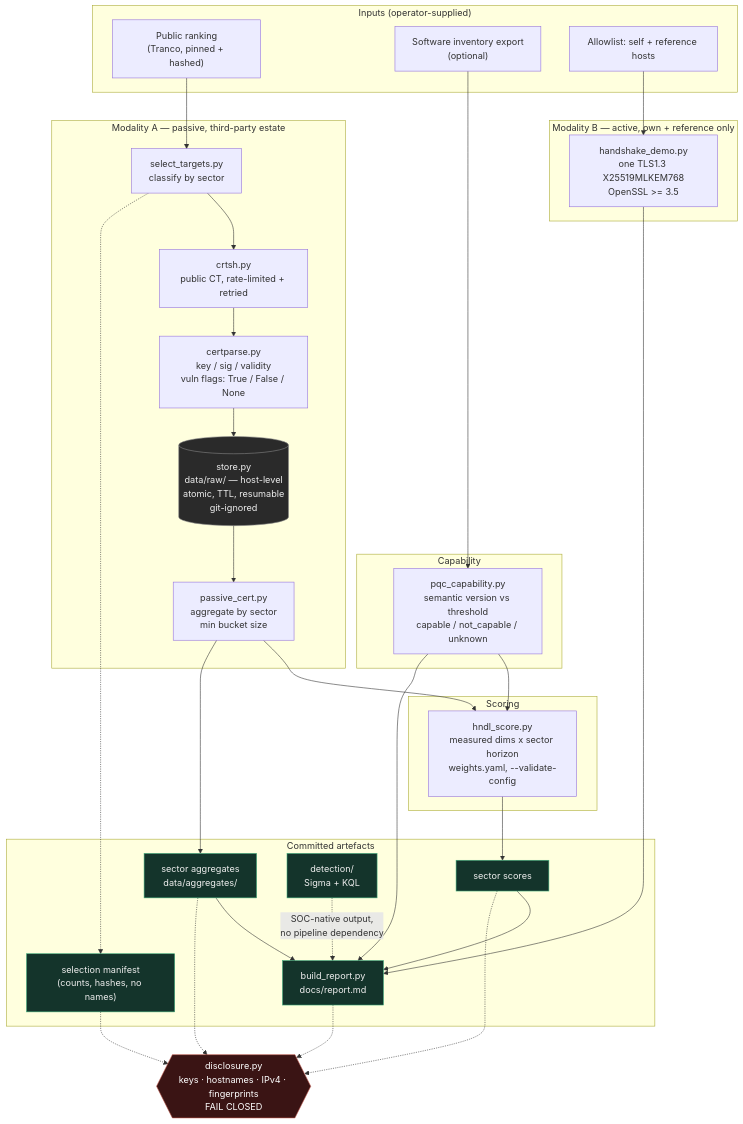
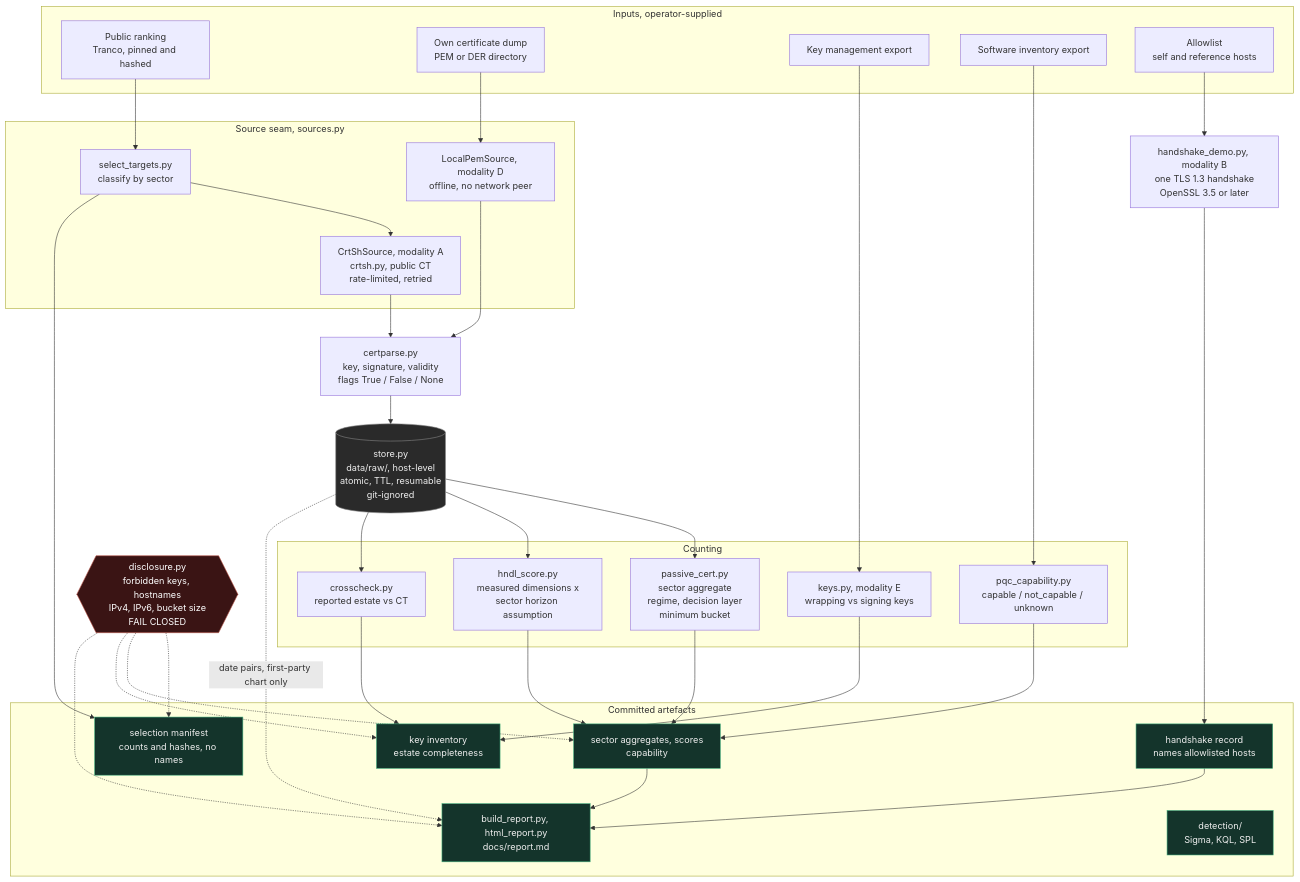
Before and after one commit to jerzy99jerzy/pqc-crypto-agility-assessment: the first of 2 diagrams in README.md, drawn with Mermaid. The commit also changed other lines of this file and 16 other files, not shown here.

````diff
--- a/README.md
+++ b/README.md
@@ -78,66 +99,74 @@
 ```mermaid
 flowchart TB
-    subgraph inputs["Inputs (operator-supplied)"]
-        rank["Public ranking\n(Tranco, pinned + hashed)"]
-        inv["Software inventory export\n(optional)"]
-        allow["Allowlist: self + reference hosts"]
+    subgraph inputs["Inputs, operator-supplied"]
+        rank["Public ranking<br/>Tranco, pinned and hashed"]
+        pem["Own certificate dump<br/>PEM or DER directory"]
+        kms["Key management export"]
+        inv["Software inventory export"]
+        allow["Allowlist<br/>self and reference hosts"]
     end
 
-    subgraph modA["Modality A — passive, third-party estate"]
-        sel["select_targets.py\nclassify by sector"]
-        crt["crtsh.py\npublic CT, rate-limited + retried"]
-        cp["certparse.py\nkey / sig / validity\nvuln flags: True / False / None"]
-        store[("store.py\ndata/raw/ — host-level\natomic, TTL, resumable\ngit-ignored")]
-        agg["passive_cert.py\naggregate by sector\nmin bucket size"]
+    subgraph seam["Source seam, sources.py"]
+        sel["select_targets.py<br/>classify by sector"]
+        ct["CrtShSource, modality A<br/>crtsh.py, public CT<br/>rate-limited, retried"]
+        lp["LocalPemSource, modality D<br/>offline, no network peer"]
     end
 
-    subgraph modB["Modality B — active, own + reference only"]
-        hs["handshake_demo.py\none TLS1.3 X25519MLKEM768\nOpenSSL >= 3.5"]
+    cp["certparse.py<br/>key, signature, validity<br/>flags True / False / None"]
+    store[("store.py<br/>data/raw/, host-level<br/>atomic, TTL, resumable<br/>git-ignored")]
+
+    subgraph derive["Counting"]
+        agg["passive_cert.py<br/>sector aggregate<br/>regime, decision layer<br/>minimum bucket"]
+        hndl["hndl_score.py<br/>measured dimensions x<br/>sector horizon assumption"]
+        xc["crosscheck.py<br/>reported estate vs CT"]
+        keys["keys.py, modality E<br/>wrapping vs signing keys"]
+        cap["pqc_capability.py<br/>capable / not_capable / unknown"]
     end
 
-    subgraph cap["Capability"]
-        pqc["pqc_capability.py\nsemantic version vs threshold\ncapable / not_capable / unknown"]
+    hs["handshake_demo.py, modality B<br/>one TLS 1.3 handshake<br/>OpenSSL 3.5 or later"]
+
+    guard{{"disclosure.py<br/>forbidden keys, hostnames<br/>IPv4, IPv6, bucket size<br/>FAIL CLOSED"}}
+
+    subgraph committed["Committed artefacts"]
+        man["selection manifest<br/>counts and hashes, no names"]
+        rep_in["sector aggregates, scores<br/>capability"]
+        hsrec["handshake record<br/>names allowlisted hosts"]
+        side["key inventory<br/>estate completeness"]
+        report["build_report.py, html_report.py<br/>docs/report.md"]
+        detect["detection/<br/>Sigma, KQL, SPL"]
     end
 
-    subgraph scoring["Scoring"]
-        hndl["hndl_score.py\nmeasured dims x sector horizon\nweights.yaml, --validate-config"]
-    end
+    rank --> sel --> ct
+    pem --> lp
+    ct --> cp
+    lp --> cp
+    cp --> store
+    store --> agg
+    store --> hndl
+    store --> xc
+    kms --> keys
+    inv --> cap
+    allow --> hs
+    sel --> man
+    agg --> rep_in
+    hndl --> rep_in
+    cap --> rep_in
+    hs --> hsrec
+    xc --> side
+    keys --> side
+    rep_in --> report
+    hsrec --> report
+    store -. "date pairs, first-party chart only" .-> report
 
-    guard{{"disclosure.py\nkeys · hostnames · IPv4 · fingerprints\nFAIL CLOSED"}}
-
-    subgraph committed["Committed artefacts"]
-        man["selection manifest\n(counts, hashes, no names)"]
-        secagg["sector aggregates\ndata/aggregates/"]
-        scores["sector scores"]
-        report["build_report.py\ndocs/report.md"]
-        detect["detection/\nSigma + KQL"]
-    end
-
-    rank --> sel --> crt --> cp --> store --> agg
-    sel -.-> man
-    inv --> pqc
-    allow --> hs
-
-    agg --> hndl
-    pqc --> hndl
-    agg --> secagg
-    hndl --> scores
-    hs --> report
-    secagg --> report
-    scores --> report
-    pqc --> report
-
-    man -.-> guard
-    secagg -.-> guard
-    scores -.-> guard
-    report -.-> guard
-
-    detect -. "SOC-native output,\nno pipeline dependency" .-> report
+    guard -.-> man
+    guard -.-> rep_in
+    guard -.-> side
+    guard -.-> report
 
     classDef raw fill:#2a2a2a,stroke:#888,color:#eee;
     classDef safe fill:#14342b,stroke:#3fae7c,color:#eee;
     classDef gate fill:#3a1414,stroke:#c0564a,color:#fff;
     class store raw;
-    class man,secagg,scores,report,detect safe;
+    class man,rep_in,hsrec,side,report,detect safe;
     class guard gate;
 ```
````
